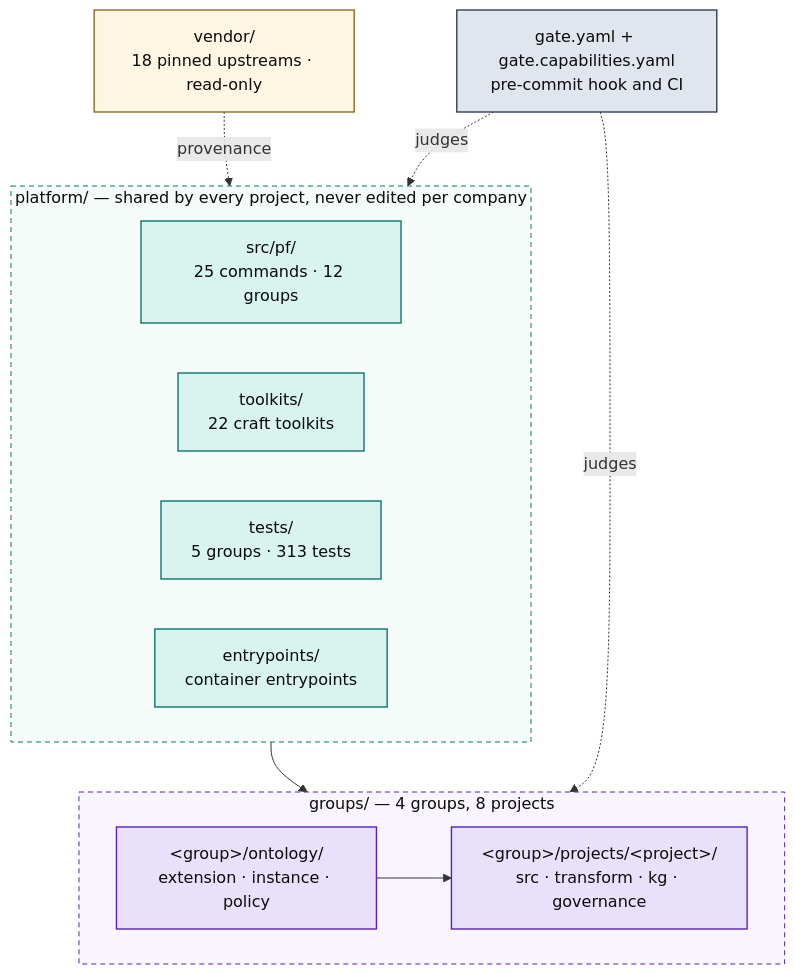
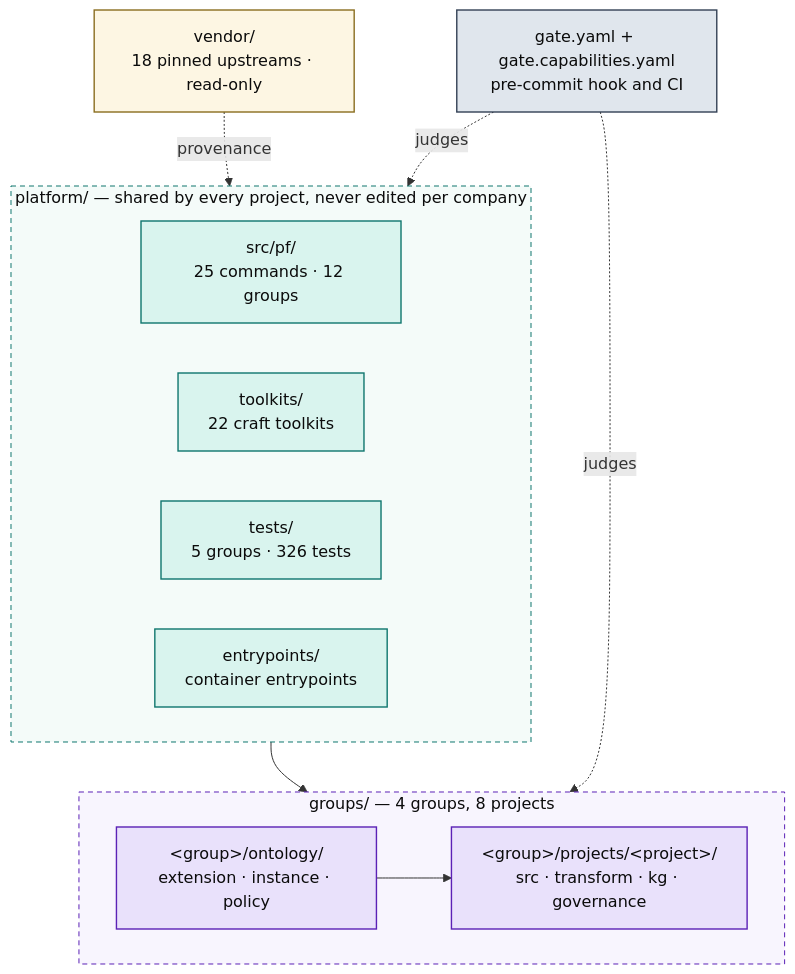
The first of 5 diagrams in docs/ARCHITECTURE.md (Atomz-org/data-platform), drawn with Mermaid before and after one commit. The commit also changed other lines of this file and 3 other files, not shown here.

````diff
--- a/docs/ARCHITECTURE.md
+++ b/docs/ARCHITECTURE.md
@@ -15,36 +15,36 @@
 ```mermaid
 flowchart TB
   subgraph SHARED["platform/ — shared by every project, never edited per company"]
     direction LR
     ENG["src/pf/<br/>25 commands · 12 groups"]
     TK["toolkits/<br/>22 craft toolkits"]
-    TST["tests/<br/>5 groups · 313 tests"]
+    TST["tests/<br/>5 groups · 326 tests"]
     ENT["entrypoints/<br/>container entrypoints"]
   end
 
   subgraph ENTITIES["groups/ — 4 groups, 8 projects"]
     direction LR
     GRP["&lt;group&gt;/ontology/<br/>extension · instance · policy"]
     PRJ["&lt;group&gt;/projects/&lt;project&gt;/<br/>src · transform · kg · governance"]
     GRP --> PRJ
   end
 
   VEN["vendor/<br/>18 pinned upstreams · read-only"]
   GATE["gate.yaml + gate.capabilities.yaml<br/>pre-commit hook and CI"]
 
   SHARED --> ENTITIES
   VEN -.provenance.-> SHARED
   GATE -.judges.-> ENTITIES
   GATE -.judges.-> SHARED
 
   classDef code fill:#d9f4ee,stroke:#0f766e,stroke-width:1.4px,color:#0b0b0b
   classDef data fill:#e9e1fb,stroke:#5b21b6,stroke-width:1.4px,color:#0b0b0b
   classDef gov fill:#e0e6ed,stroke:#334155,stroke-width:1.4px,color:#0b0b0b
   classDef ext fill:#fdf6e3,stroke:#8a6d1f,stroke-width:1.4px,color:#0b0b0b
   class ENG,TK,TST,ENT code
   class GRP,PRJ data
   class GATE gov
   class VEN ext
   style SHARED fill:#f4fbf9,stroke:#0f766e,stroke-dasharray:5 4,color:#0b0b0b
   style ENTITIES fill:#f8f5fe,stroke:#5b21b6,stroke-dasharray:5 4,color:#0b0b0b
 ```
````
